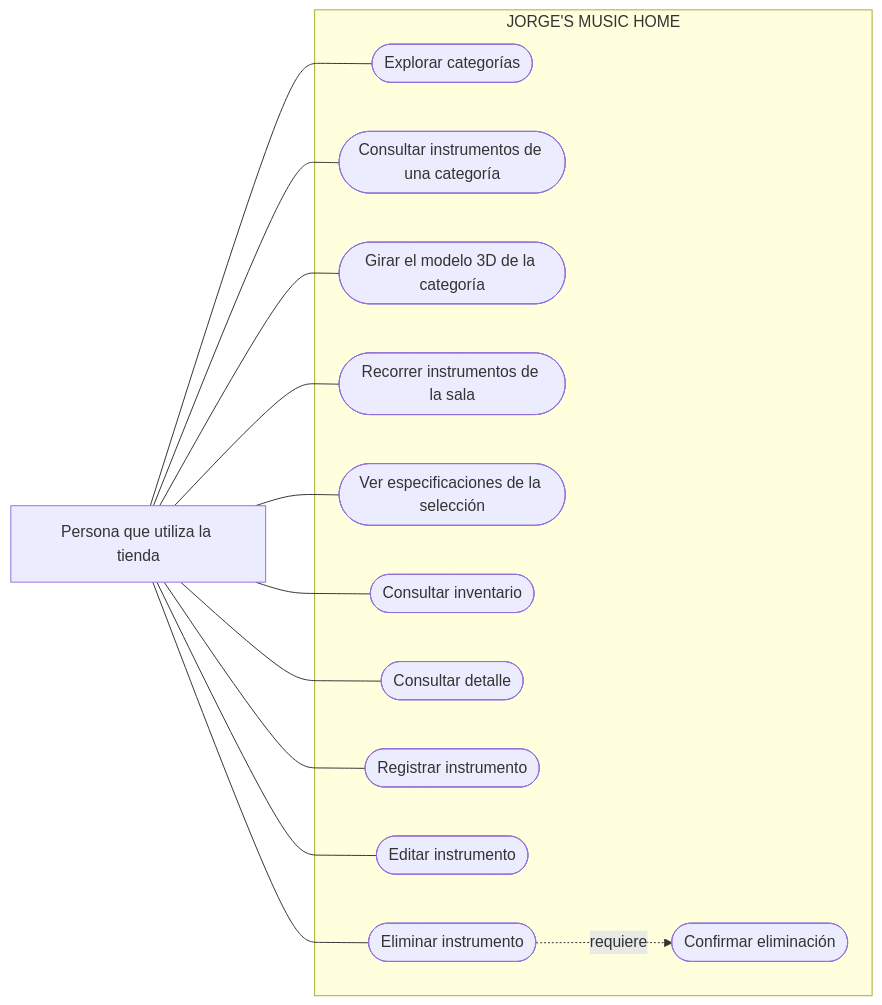
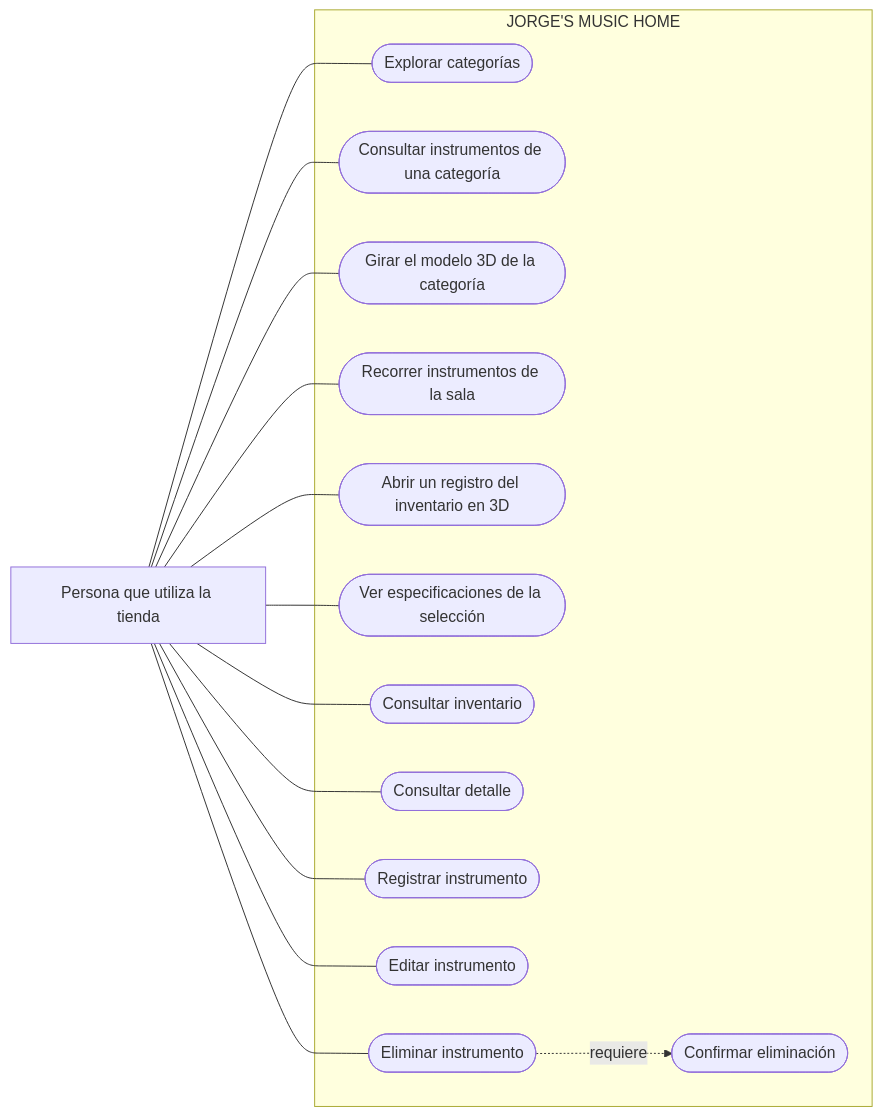
Before and after one commit to jorgehernanwb-spec/jorges-music-home: the diagram in docs/03_diagramas/casos_de_uso.md, drawn with Mermaid. The commit also changed 17 other files, not shown here.

````diff
--- a/docs/03_diagramas/casos_de_uso.md
+++ b/docs/03_diagramas/casos_de_uso.md
@@ -5,28 +5,30 @@
 ```mermaid
 flowchart LR
     actor["Persona que utiliza la tienda"]
     subgraph inventario["JORGE'S MUSIC HOME"]
         galeria(["Explorar categorías"])
         sala(["Consultar instrumentos de una categoría"])
         girar(["Girar el modelo 3D de la categoría"])
         alternar(["Recorrer instrumentos de la sala"])
+        verEnTresD(["Abrir un registro del inventario en 3D"])
         especificaciones(["Ver especificaciones de la selección"])
         catalogo(["Consultar inventario"])
         detalle(["Consultar detalle"])
         registrar(["Registrar instrumento"])
         editar(["Editar instrumento"])
         eliminar(["Eliminar instrumento"])
         confirmar(["Confirmar eliminación"])
         eliminar -. requiere .-> confirmar
     end
     actor --- galeria
     actor --- sala
     actor --- girar
     actor --- alternar
+    actor --- verEnTresD
     actor --- especificaciones
     actor --- catalogo
     actor --- detalle
     actor --- registrar
     actor --- editar
     actor --- eliminar
 ```
````
